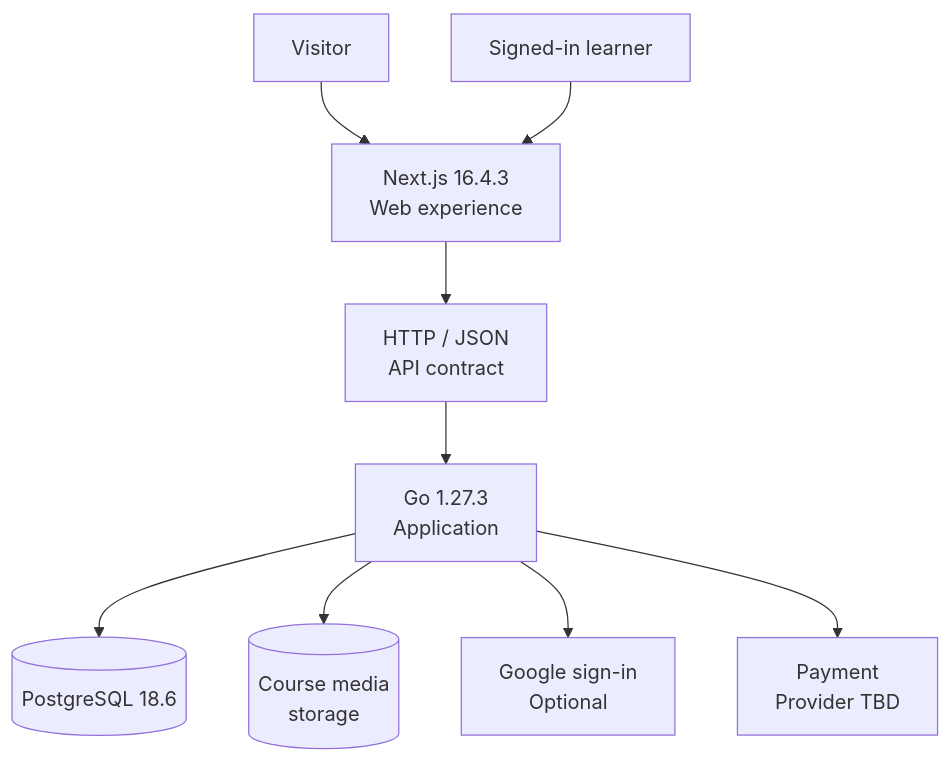
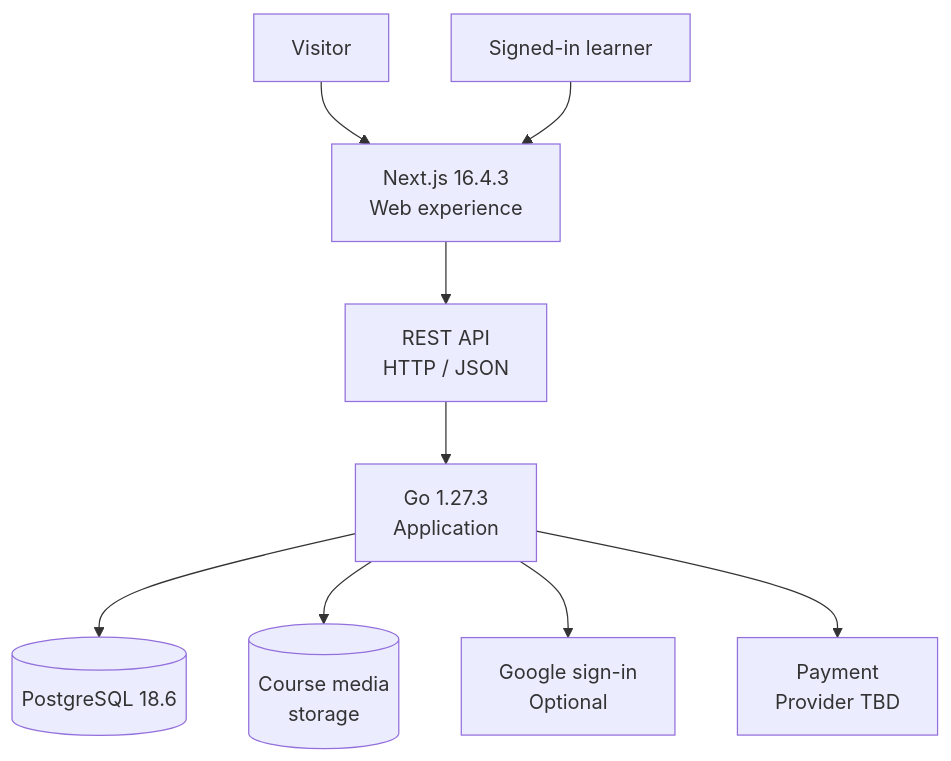
Before and after one commit to ibamzjr/Fact-Indonesia: the diagram in README.md, drawn with Mermaid. The commit also changed other lines of this file and 2 other files, not shown here.

Commit message:
docs: identify FACT service boundary as a REST API

````diff
--- a/README.md
+++ b/README.md
@@ -89,21 +90,21 @@
 ```mermaid
 flowchart TB
     Visitor["Visitor"]
     Learner["Signed-in learner"]
     Web["Next.js 16.4.3<br/>Web experience"]
-    Contract["HTTP / JSON<br/>API contract"]
+    Contract["REST API<br/>HTTP / JSON"]
     Application["Go 1.27.3<br/>Application"]
     Database[("PostgreSQL 18.6")]
     Media[("Course media<br/>storage")]
     Identity["Google sign-in<br/>Optional"]
     Payment["Payment<br/>Provider TBD"]
 
     Visitor --> Web
     Learner --> Web
     Web --> Contract
     Contract --> Application
     Application --> Database
     Application --> Media
     Application --> Identity
     Application --> Payment
 ```
````
